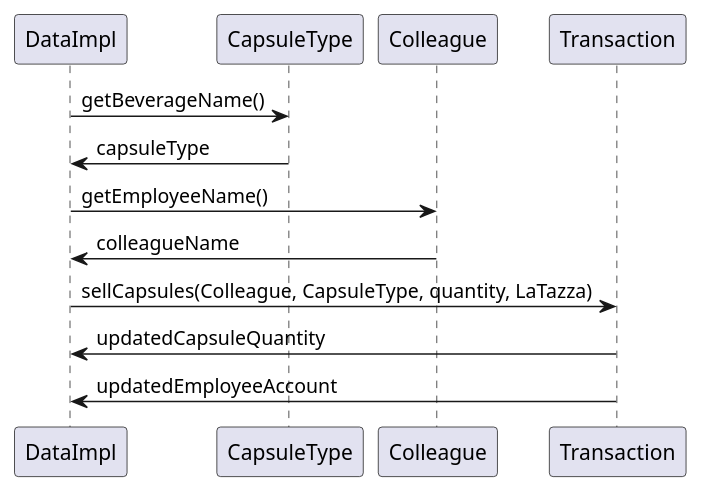
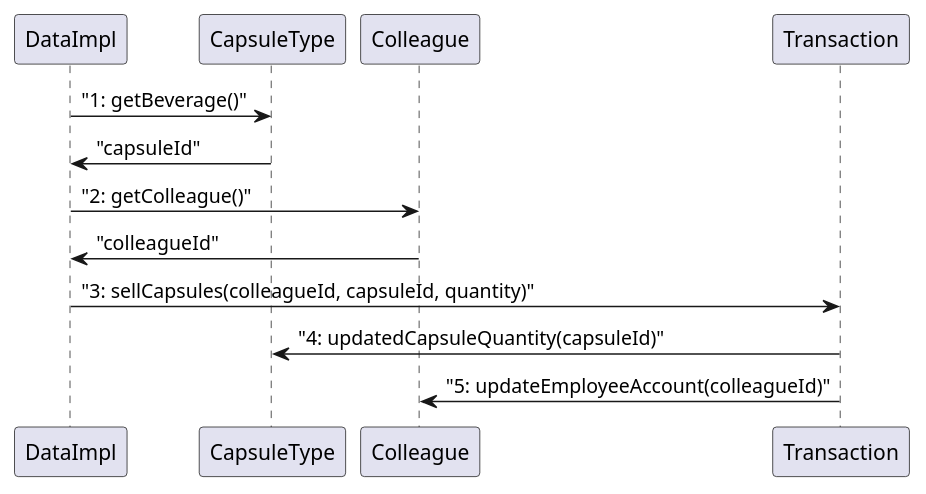
Before and after one commit to s41m0n/LaTazza: the third of 3 diagrams in DesignDocument.md, drawn with PlantUML.

Commit message:
refactor sequence diagram 1

````diff
--- a/DesignDocument.md
+++ b/DesignDocument.md
@@ -155,11 +155,11 @@
 ```plantuml
 @startuml
-"DataImpl" -> "CapsuleType": getBeverageName()
-"CapsuleType" -> "DataImpl": capsuleType
-"DataImpl" -> "Colleague": getEmployeeName()
-"Colleague" -> "DataImpl": colleagueName
-"DataImpl" -> "Transaction": sellCapsules(Colleague, CapsuleType, quantity, LaTazza)
-"Transaction" -> "DataImpl": updatedCapsuleQuantity
-"Transaction" -> "DataImpl": updatedEmployeeAccount
+"DataImpl" -> "CapsuleType": "1: getBeverage()"
+"CapsuleType" -> "DataImpl": "capsuleId"
+"DataImpl" -> "Colleague": "2: getColleague()"
+"Colleague" -> "DataImpl": "colleagueId"
+"DataImpl" -> "Transaction": "3: sellCapsules(colleagueId, capsuleId, quantity)"
+"Transaction" -> "CapsuleType": "4: updatedCapsuleQuantity(capsuleId)"
+"Transaction" -> "Colleague": "5: updateEmployeeAccount(colleagueId)"
 @enduml
 ```
````
